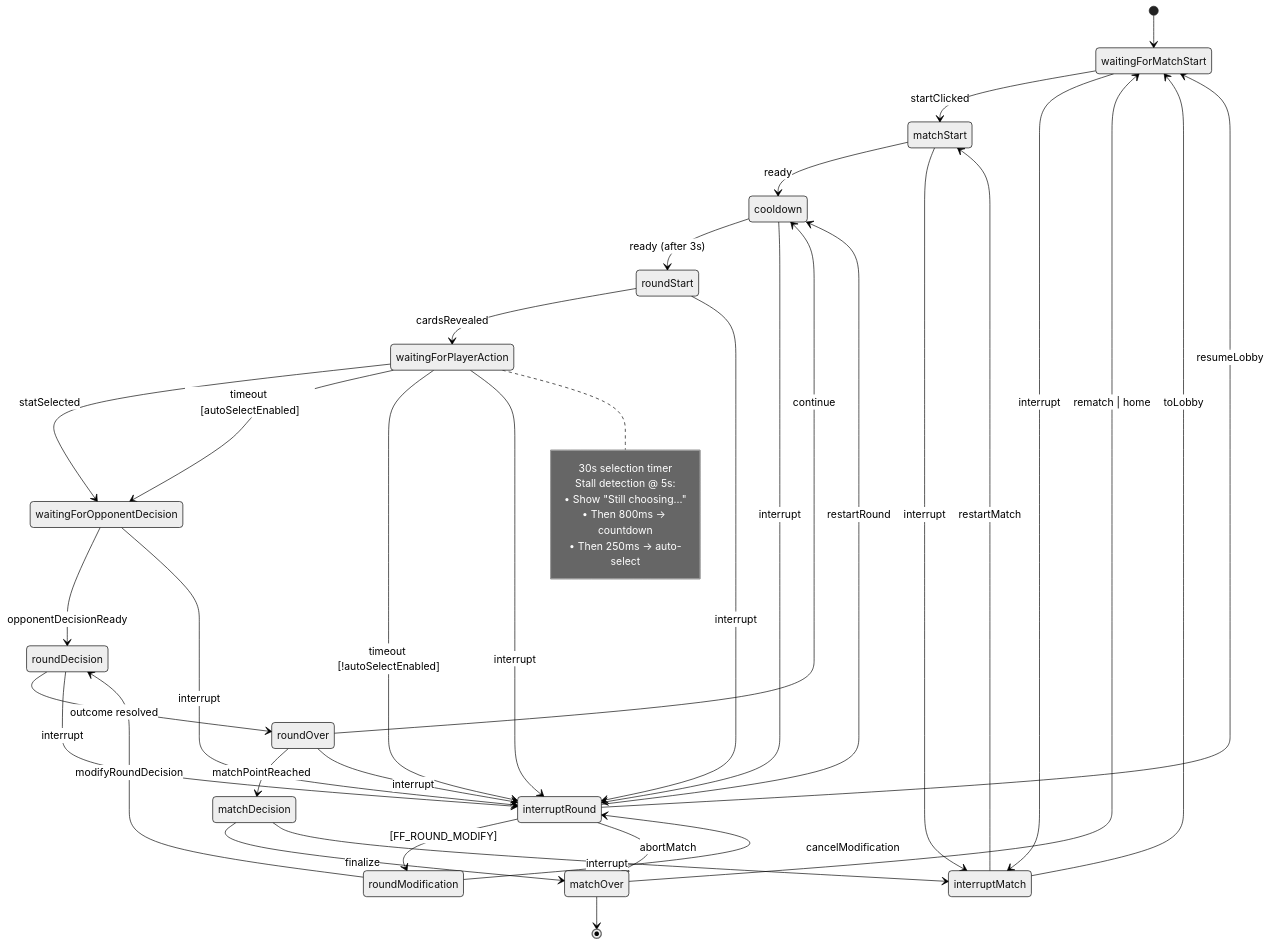
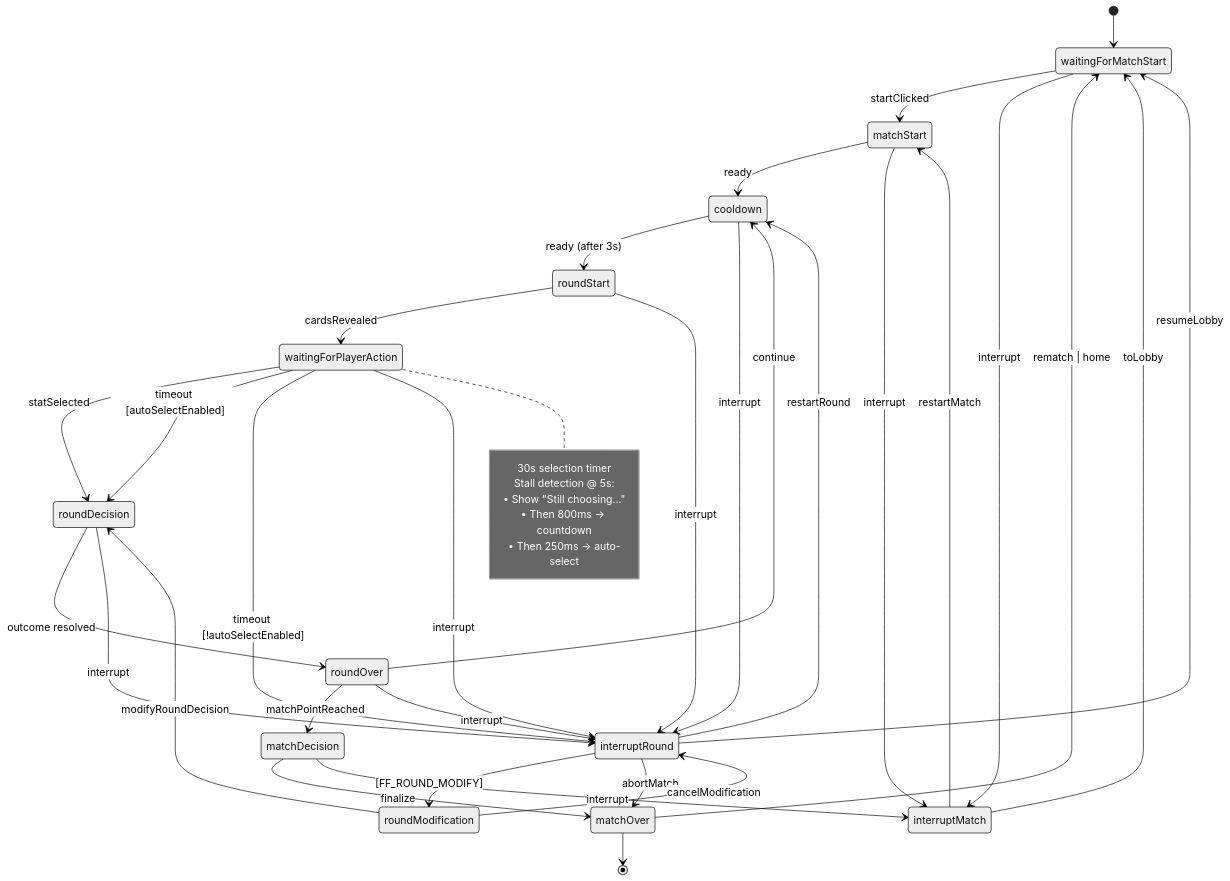
The diagram in design/productRequirementsDocuments/prdStateHandler.md (CyanAutomation/judokon), drawn with Mermaid (neutral theme) before and after one commit. The commit also changed other lines of this file and 5 other files, not shown here.

First line of the commit message:
Move opponent reveal delay into round resolve flow (#5573)

````diff
--- a/design/productRequirementsDocuments/prdStateHandler.md
+++ b/design/productRequirementsDocuments/prdStateHandler.md
@@ -65,56 +65,53 @@
 ```mermaid
 stateDiagram-v2
   [*] --> waitingForMatchStart
 
   waitingForMatchStart --> matchStart: startClicked
   waitingForMatchStart --> interruptMatch: interrupt
 
   matchStart --> cooldown: ready
   matchStart --> interruptMatch: interrupt
 
   cooldown --> roundStart: ready (after 3s)
   cooldown --> interruptRound: interrupt
 
   roundStart --> waitingForPlayerAction: cardsRevealed
   roundStart --> interruptRound: interrupt
 
-  waitingForPlayerAction --> waitingForOpponentDecision: statSelected
-  waitingForPlayerAction --> waitingForOpponentDecision: timeout [autoSelectEnabled]
+  waitingForPlayerAction --> roundDecision: statSelected
+  waitingForPlayerAction --> roundDecision: timeout [autoSelectEnabled]
   waitingForPlayerAction --> interruptRound: timeout [!autoSelectEnabled]
   waitingForPlayerAction --> interruptRound: interrupt
 
   note right of waitingForPlayerAction
     30s selection timer
     Stall detection @ 5s:
     • Show "Still choosing..."
     • Then 800ms → countdown
     • Then 250ms → auto-select
   end note
-
-  waitingForOpponentDecision --> roundDecision: opponentDecisionReady
-  waitingForOpponentDecision --> interruptRound: interrupt
 
   roundDecision --> roundOver: outcome resolved
   roundDecision --> interruptRound: interrupt
 
   roundOver --> cooldown: continue
   roundOver --> matchDecision: matchPointReached
   roundOver --> interruptRound: interrupt
 
   matchDecision --> matchOver: finalize
   matchDecision --> interruptMatch: interrupt
 
   matchOver --> waitingForMatchStart: rematch | home
   matchOver --> [*]
 
   interruptRound --> roundModification: [FF_ROUND_MODIFY]
   interruptRound --> cooldown: restartRound
   interruptRound --> waitingForMatchStart: resumeLobby
   interruptRound --> matchOver: abortMatch
 
   roundModification --> roundDecision: modifyRoundDecision
   roundModification --> interruptRound: cancelModification
 
   interruptMatch --> matchStart: restartMatch
   interruptMatch --> waitingForMatchStart: toLobby
 ```
````
